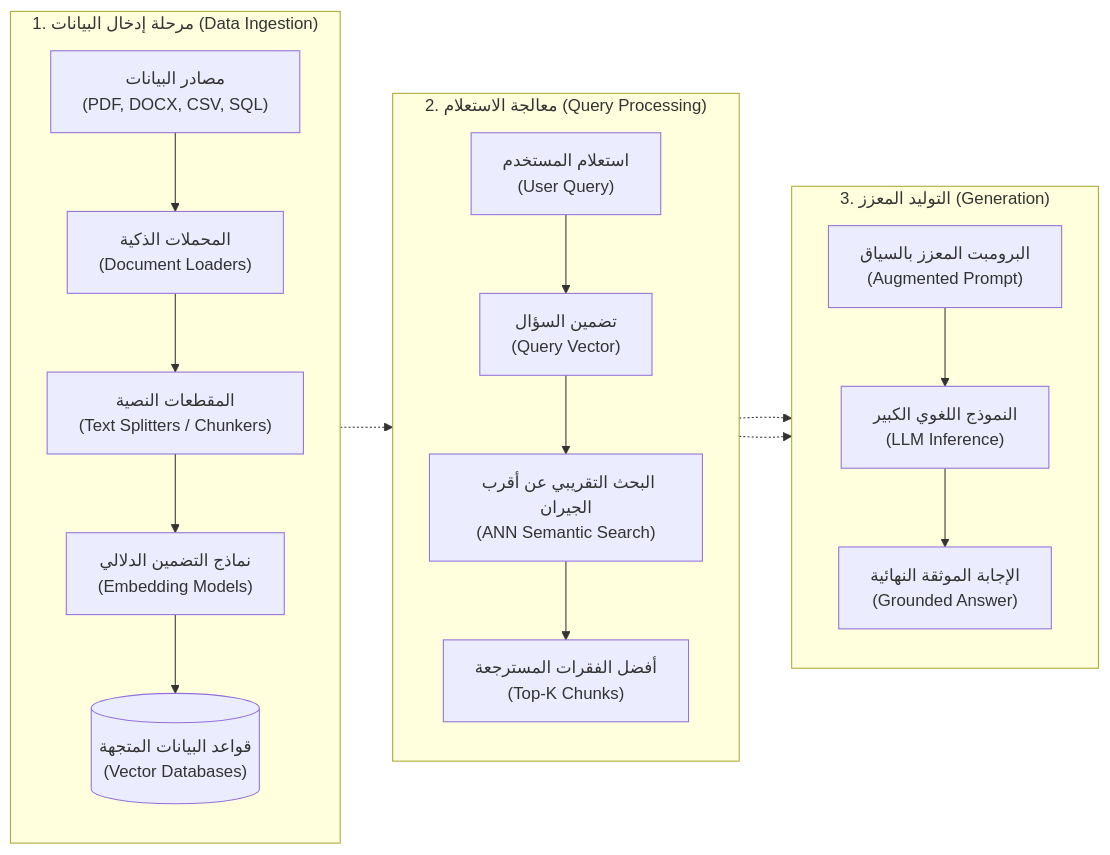
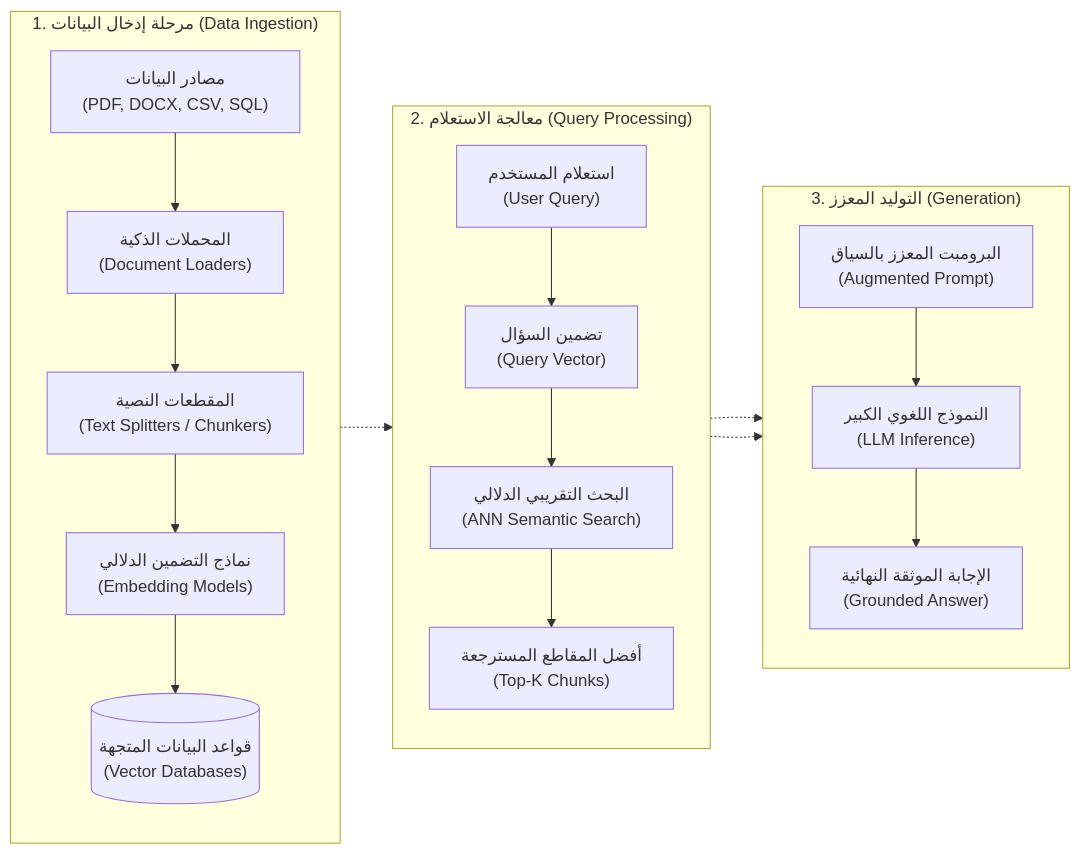
Before and after one commit to ali-abofouda/RAG-Mastery: the diagram in docs/00-rag-fundamentals/04-data-ingestion-and-preprocessing.md, drawn with Mermaid. The commit also changed other lines of this file and 6 other files, not shown here.

Commit message:
docs: restructure 00-rag-fundamentals to concept-driven and code-backed architecture

````diff
--- a/docs/00-rag-fundamentals/04-data-ingestion-and-preprocessing.md
+++ b/docs/00-rag-fundamentals/04-data-ingestion-and-preprocessing.md
@@ -11,36 +12,36 @@
 ```mermaid
 flowchart LR
     subgraph Phase1["1. مرحلة إدخال البيانات (Data Ingestion)"]
         direction TB
         RawData["مصادر البيانات<br/>(PDF, DOCX, CSV, SQL)"]
         Loaders["المحملات الذكية<br/>(Document Loaders)"]
         Splitters["المقطعات النصية<br/>(Text Splitters / Chunkers)"]
         Embedder["نماذج التضمين الدلالي<br/>(Embedding Models)"]
         VectorDB[("قواعد البيانات المتجهة<br/>(Vector Databases)")]
         
         RawData --> Loaders --> Splitters --> Embedder --> VectorDB
     end
 
     subgraph Phase2["2. معالجة الاستعلام (Query Processing)"]
         direction TB
         UserQ["استعلام المستخدم<br/>(User Query)"]
         QEmbed["تضمين السؤال<br/>(Query Vector)"]
-        ANN["البحث التقريبي عن أقرب الجيران<br/>(ANN Semantic Search)"]
-        TopK["أفضل الفقرات المسترجعة<br/>(Top-K Chunks)"]
+        ANN["البحث التقريبي الدلالي<br/>(ANN Semantic Search)"]
+        TopK["أفضل المقاطع المسترجعة<br/>(Top-K Chunks)"]
         
         UserQ --> QEmbed --> ANN --> TopK
     end
 
     subgraph Phase3["3. التوليد المعزز (Generation)"]
         direction TB
         AugPrompt["البرومبت المعزز بالسياق<br/>(Augmented Prompt)"]
         LLM["النموذج اللغوي الكبير<br/>(LLM Inference)"]
         FinalAnswer["الإجابة الموثقة النهائية<br/>(Grounded Answer)"]
         
         AugPrompt --> LLM --> FinalAnswer
     end
 
     VectorDB -.-> ANN
     TopK -.-> AugPrompt
     UserQ -.-> AugPrompt
 ```
````
